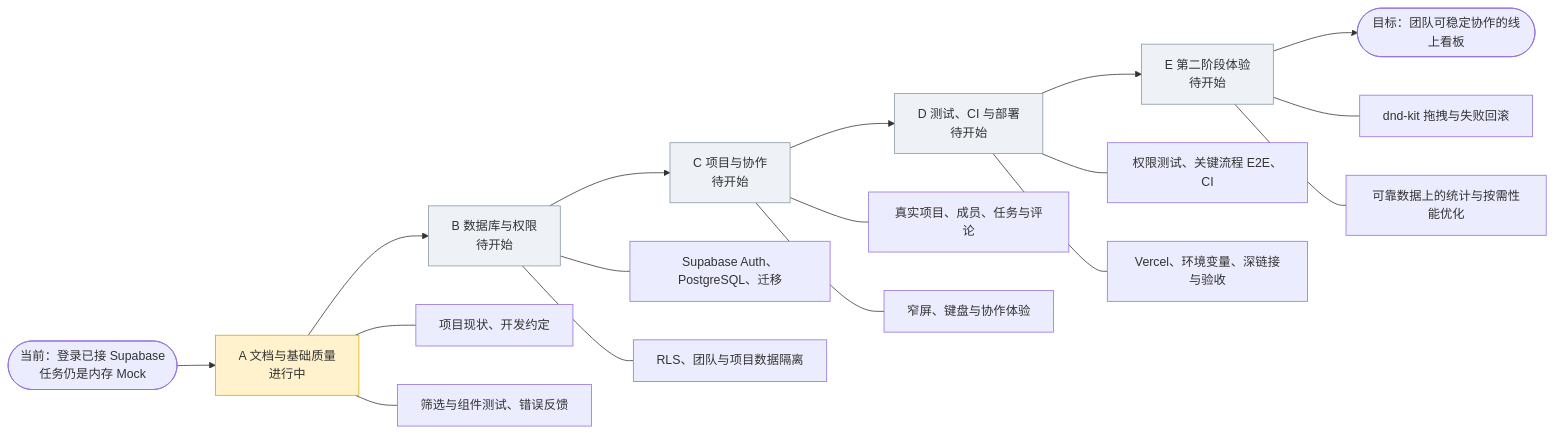
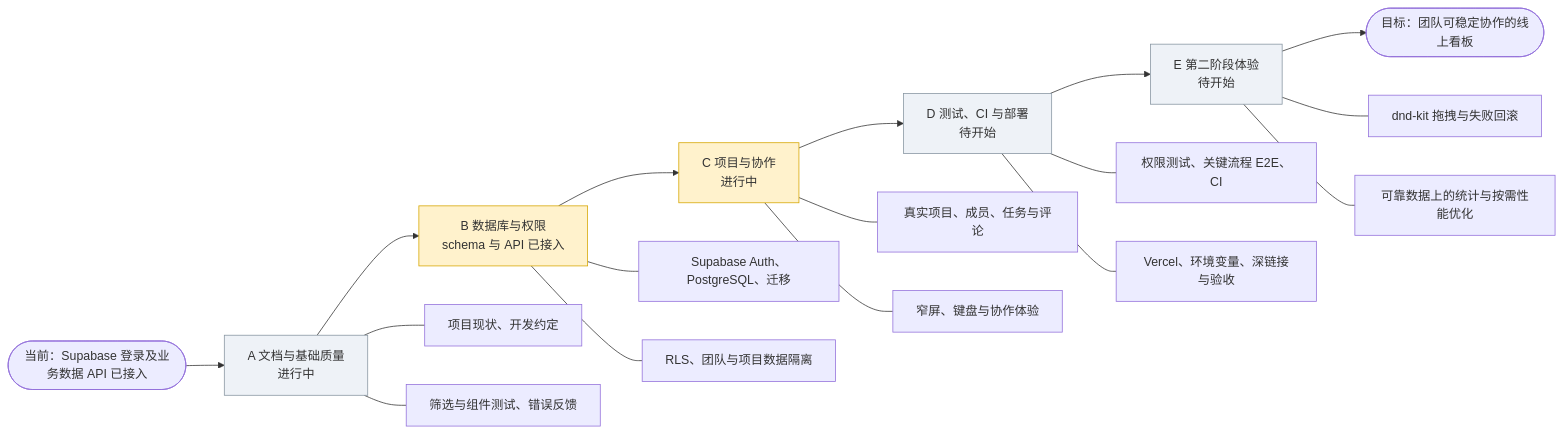
The diagram in docs/阶段进度速查.md (fartmonarch/tasks-board), drawn with Mermaid before and after one commit. The commit also changed other lines of this file and 15 other files, not shown here.

````diff
--- a/docs/阶段进度速查.md
+++ b/docs/阶段进度速查.md
@@ -16,25 +16,25 @@
 ```mermaid
 flowchart LR
-  S([当前：登录已接 Supabase<br/>任务仍是内存 Mock]) --> A["A 文档与基础质量<br/>进行中"]
-  A --> B["B 数据库与权限<br/>待开始"]
-  B --> C["C 项目与协作<br/>待开始"]
+  S([当前：Supabase 登录及业务数据 API 已接入]) --> A["A 文档与基础质量<br/>进行中"]
+  A --> B["B 数据库与权限<br/>schema 与 API 已接入"]
+  B --> C["C 项目与协作<br/>进行中"]
   C --> D["D 测试、CI 与部署<br/>待开始"]
   D --> E["E 第二阶段体验<br/>待开始"]
   E --> G([目标：团队可稳定协作的线上看板])
 
   A --- A1[项目现状、开发约定]
   A --- A2[筛选与组件测试、错误反馈]
   B --- B1[Supabase Auth、PostgreSQL、迁移]
   B --- B2[RLS、团队与项目数据隔离]
   C --- C1[真实项目、成员、任务与评论]
   C --- C2[窄屏、键盘与协作体验]
   D --- D1[权限测试、关键流程 E2E、CI]
   D --- D2[Vercel、环境变量、深链接与验收]
   E --- E1[dnd-kit 拖拽与失败回滚]
   E --- E2[可靠数据上的统计与按需性能优化]
 
   classDef active fill:#fff2cc,stroke:#d6a600,color:#333
   classDef planned fill:#eef2f7,stroke:#8795a1,color:#333
-  class A active
-  class B,C,D,E planned
+  class B,C active
+  class A,D,E planned
 ```
````
